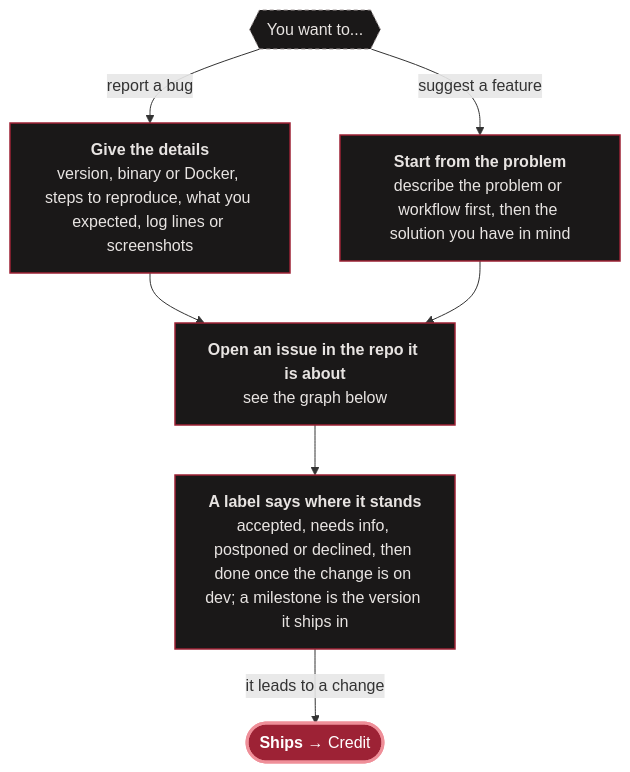
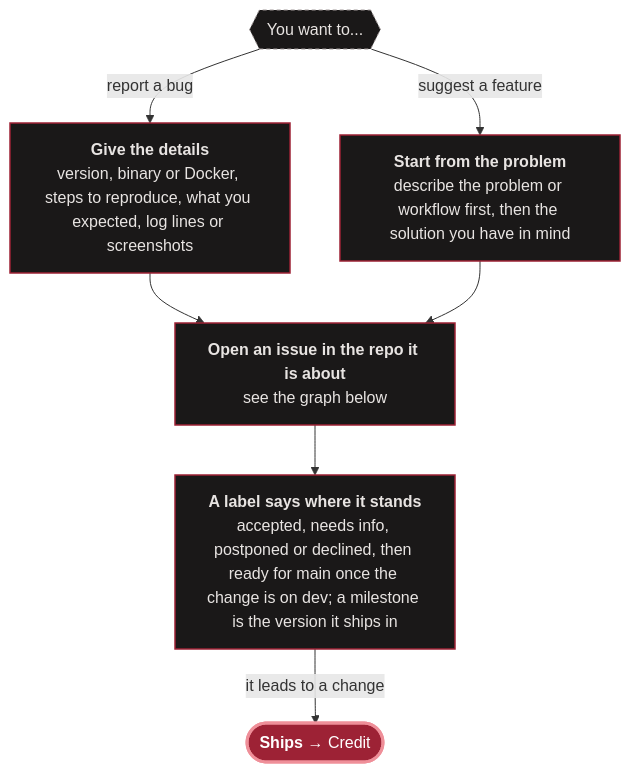
Before and after one commit to monbooru/monbooru: the second of 8 diagrams in CONTRIBUTING.md, drawn with Mermaid. The commit also changed other lines of this file, not shown here.

````diff
--- a/CONTRIBUTING.md
+++ b/CONTRIBUTING.md
@@ -65,29 +65,29 @@
 ```mermaid
 ---
 config:
   layout: dagre
   flowchart:
     wrappingWidth: 220
 ---
 flowchart TD
     want{{"You want to..."}}
     want -->|"report a bug"| bug["`**Give the details**
     version, binary or Docker, steps to reproduce, what you expected, log lines or screenshots`"]
     want -->|"suggest a feature"| idea["`**Start from the problem**
     describe the problem or workflow first, then the solution you have in mind`"]
     bug & idea --> issue["`**Open an issue in the repo it is about**
     see the graph below`"]
     issue --> state["`**A label says where it stands**
-    accepted, needs info, postponed or declined, then done once the change is on dev; a milestone is the version it ships in`"]
+    accepted, needs info, postponed or declined, then ready for main once the change is on dev; a milestone is the version it ships in`"]
     state -->|"it leads to a change"| ship(["`**Ships** → Credit`"])
 
     class ship hub;
     class bug,idea,issue,state step;
     class want ask;
 
     classDef hub  fill:#9d2235,stroke:#ef8f99,stroke-width:3px,color:#ffffff;
     classDef case fill:#3a161c,stroke:#ef8f99,stroke-width:1.5px,color:#ffffff;
     classDef step fill:#1a1818,stroke:#9d2235,stroke-width:1.5px,color:#e8e4e2;
     classDef ask  fill:#1a1818,stroke:#a09898,stroke-width:1px,stroke-dasharray:4 3,color:#e8e4e2;
     classDef repo fill:#1a1818,stroke:#a09898,stroke-width:1px,color:#a09898;
 ```
````
